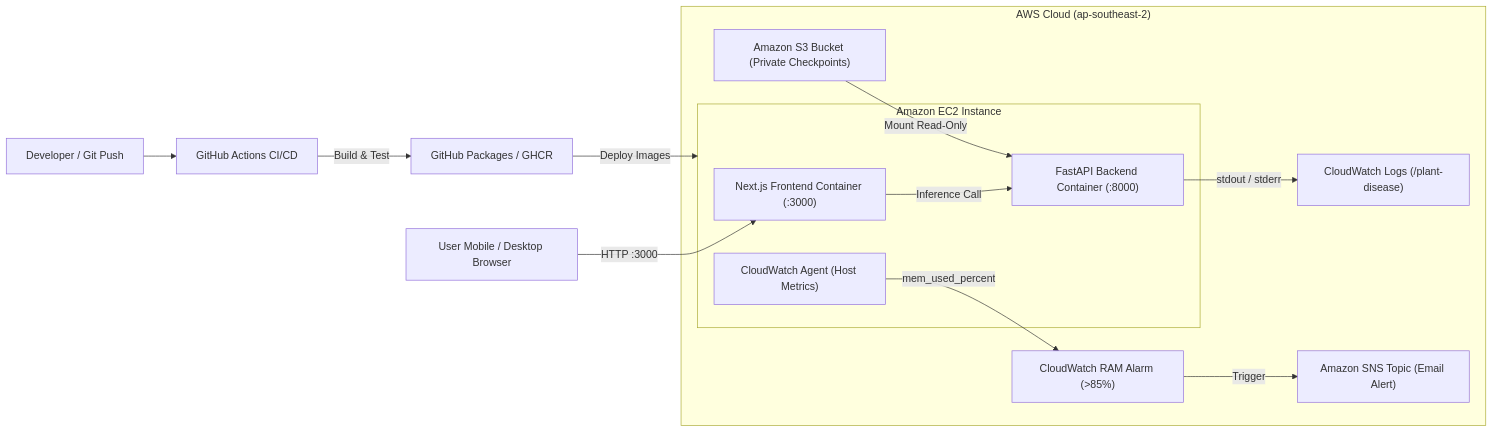
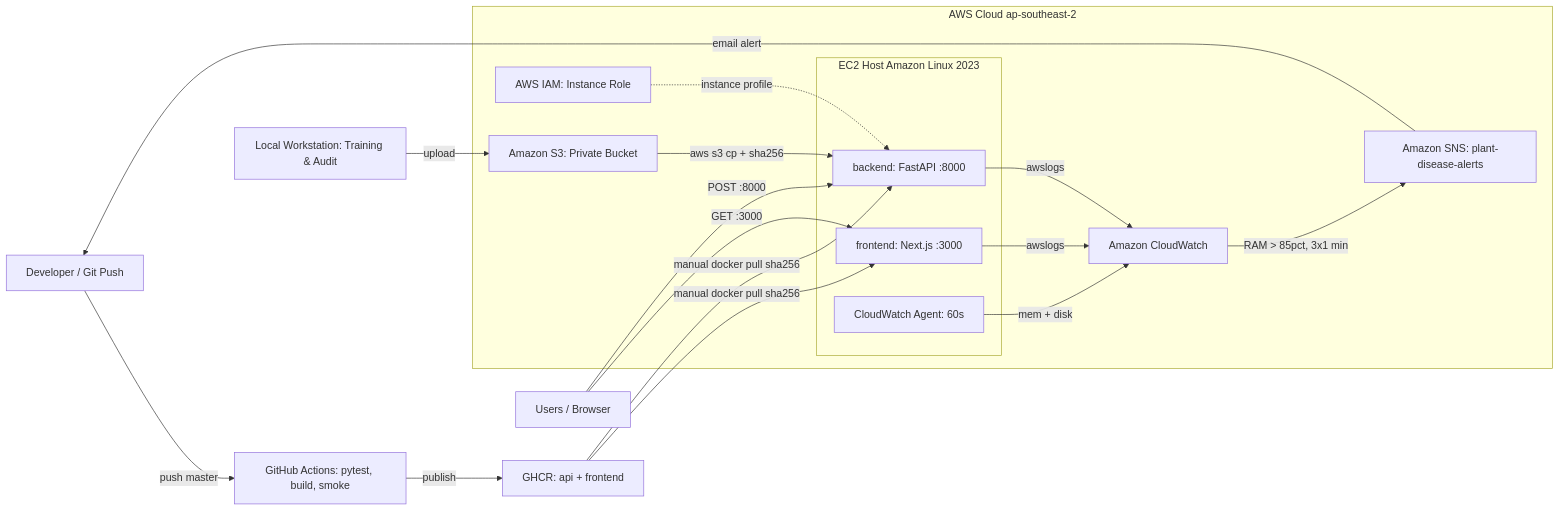
The diagram in content/5-Workshop/_index.md (starkkk1/starkkk1.github.io), drawn with Mermaid before and after one commit. The commit also changed 10 other files, not shown here.

Commit message:
fix(workshop): fix mermaid rendering on web and align end-to-end pipeline docs

````diff
--- a/content/5-Workshop/_index.md
+++ b/content/5-Workshop/_index.md
@@ -45,22 +45,27 @@
 ```mermaid
-flowchart LR
-    Dev[Developer / Git Push] --> GHA[GitHub Actions CI/CD]
-    GHA -->|Build & Test| GHCR[GitHub Packages / GHCR]
-    
-    subgraph AWS_Cloud ["AWS Cloud (ap-southeast-2)"]
-        subgraph EC2_Host ["Amazon EC2 Instance"]
-            FE["Next.js Frontend Container (:3000)"]
-            BE["FastAPI Backend Container (:8000)"]
-            CW_Agent["CloudWatch Agent (Host Metrics)"]
-            FE -->|Inference Call| BE
+graph LR
+    Dev["Developer / Git Push"] -->|push master| GHA["GitHub Actions: pytest, build, smoke"]
+    GHA -->|publish| GHCR["GHCR: api + frontend"]
+    Local["Local Workstation: Training & Audit"] -->|upload| S3
+
+    subgraph AWS Cloud ap-southeast-2
+        subgraph EC2 Host Amazon Linux 2023
+            FE["frontend: Next.js :3000"]
+            BE["backend: FastAPI :8000"]
+            CW_Agent["CloudWatch Agent: 60s"]
         end
-        
-        S3["Amazon S3 Bucket (Private Checkpoints)"] -->|Mount Read-Only| BE
-        BE -->|stdout / stderr| CW_Logs["CloudWatch Logs (/plant-disease)"]
-        CW_Agent -->|mem_used_percent| CW_Alarm["CloudWatch RAM Alarm (>85%)"]
-        CW_Alarm -->|Trigger| SNS["Amazon SNS Topic (Email Alert)"]
+
+        S3["Amazon S3: Private Bucket"] -->|aws s3 cp + sha256| BE
+        IAM["AWS IAM: Instance Role"] -.->|instance profile| BE
+        FE -->|awslogs| CW["Amazon CloudWatch"]
+        BE -->|awslogs| CW
+        CW_Agent -->|mem + disk| CW
+        CW -->|RAM > 85pct, 3x1 min| SNS["Amazon SNS: plant-disease-alerts"]
     end
-    
-    GHCR -->|Deploy Images| EC2_Host
-    Client["User Mobile / Desktop Browser"] -->|HTTP :3000| FE
+
+    GHCR -->|manual docker pull sha256| FE
+    GHCR -->|manual docker pull sha256| BE
+    Client["Users / Browser"] -->|GET :3000| FE
+    Client -->|POST :8000| BE
+    SNS -->|email alert| Dev
 ```
````
